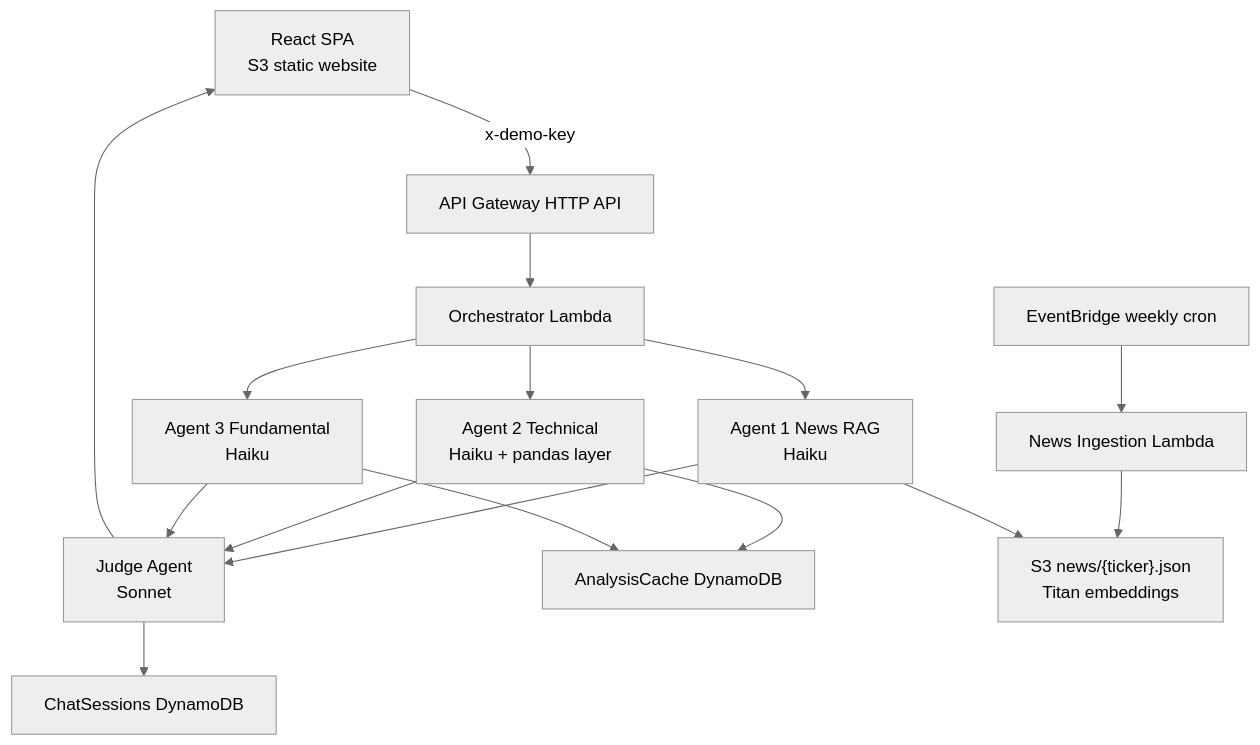
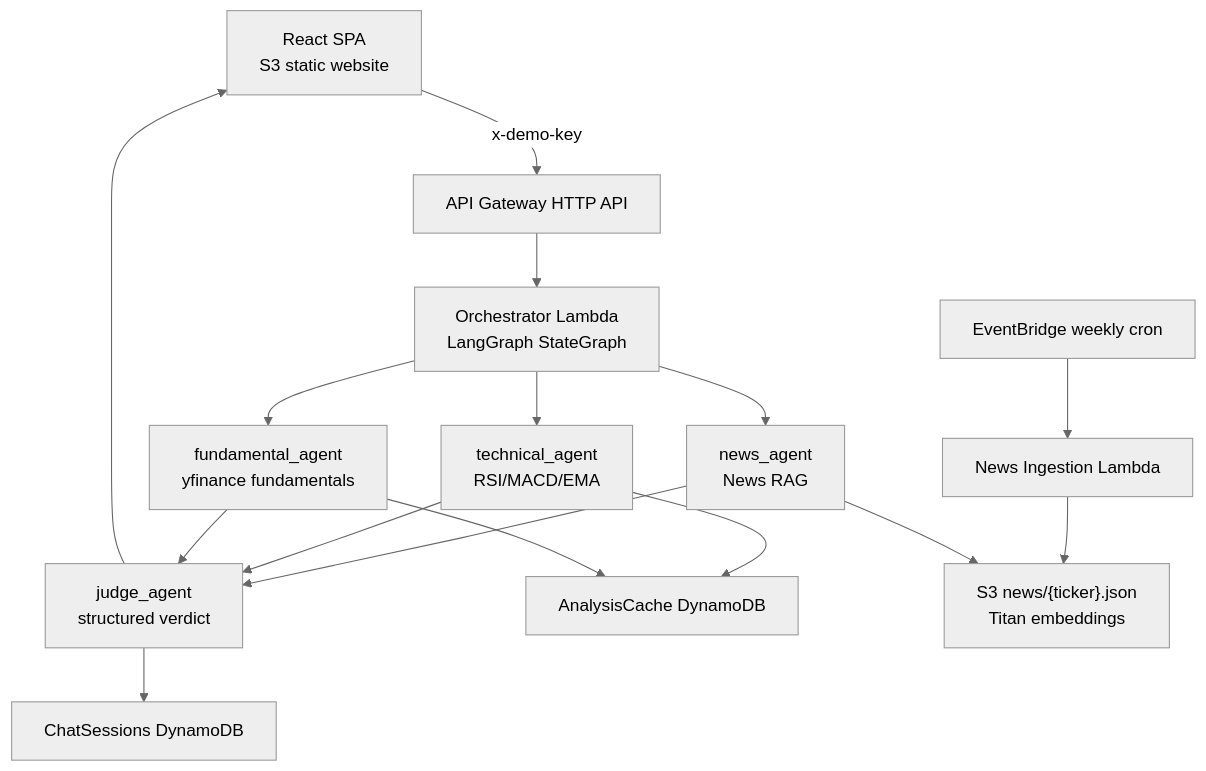
Before and after one commit to Priyanshu154/SwingTradeIntel-AI: the diagram in README.md, drawn with Mermaid (neutral theme). The commit also changed other lines of this file and 5 other files, not shown here.

````diff
--- a/README.md
+++ b/README.md
@@ -13,18 +14,18 @@
 ```mermaid
 flowchart TD
   UI["React SPA<br/>S3 static website"] -->|x-demo-key| APIGW["API Gateway HTTP API"]
-  APIGW --> Orch["Orchestrator Lambda"]
-  Orch --> A1["Agent 1 News RAG<br/>Haiku"]
-  Orch --> A2["Agent 2 Technical<br/>Haiku + pandas layer"]
-  Orch --> A3["Agent 3 Fundamental<br/>Haiku"]
-  A1 --> Judge["Judge Agent<br/>Sonnet"]
+  APIGW --> Orch["Orchestrator Lambda<br/>LangGraph StateGraph"]
+  Orch --> A1["news_agent<br/>News RAG"]
+  Orch --> A2["technical_agent<br/>RSI/MACD/EMA"]
+  Orch --> A3["fundamental_agent<br/>yfinance fundamentals"]
+  A1 --> Judge["judge_agent<br/>structured verdict"]
   A2 --> Judge
   A3 --> Judge
   Judge --> DDB["ChatSessions DynamoDB"]
   Judge --> UI
   A2 --> Cache["AnalysisCache DynamoDB"]
   A3 --> Cache
   EB["EventBridge weekly cron"] --> Ingest["News Ingestion Lambda"]
   Ingest --> S3["S3 news/{ticker}.json<br/>Titan embeddings"]
   A1 --> S3
 ```
````
